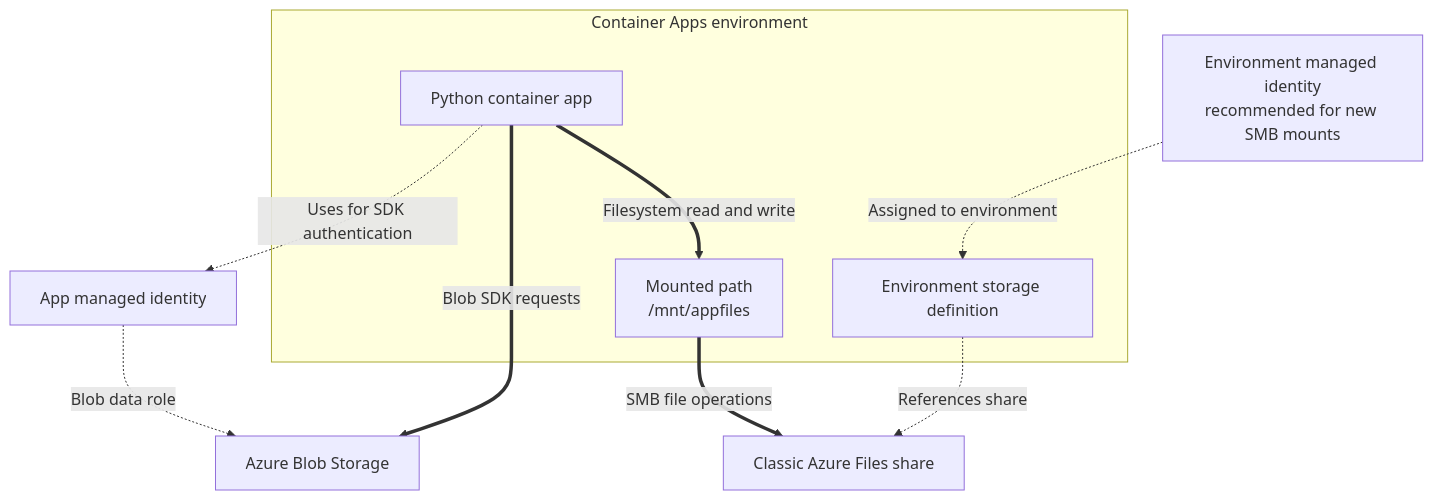
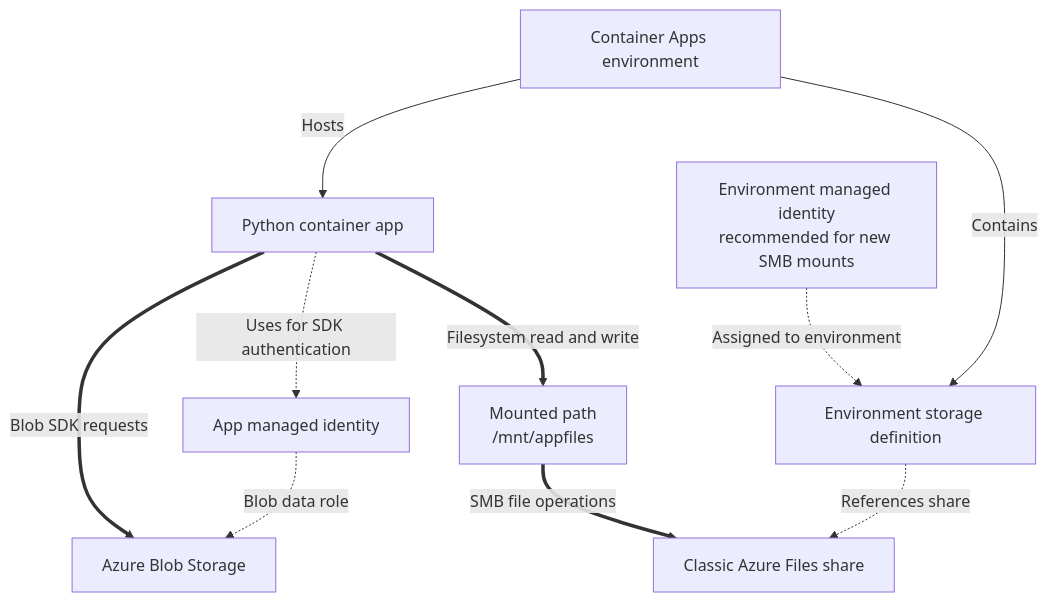
One commit to yeongseon/azure-container-apps-practical-guide changed the first of 2 diagrams in docs/language-guides/python/recipes/storage.md. Above: the diagram before and after it, drawn with Mermaid. The commit also changed other lines of this file and 16 other files, not shown here.

Commit message:
fix(docs): address Python recipe diagram review

````diff
--- a/docs/language-guides/python/recipes/storage.md
+++ b/docs/language-guides/python/recipes/storage.md
@@ -26,24 +26,25 @@
 ```mermaid
 flowchart TD
     accTitle: Choose persistent object or file storage for a Python app
     accDescr: The Python app can use its managed identity with the Blob SDK for object storage, or mount a classic Azure Files share through an environment storage definition for shared filesystem access.
 
     APP_ID[App managed identity]
     ENV_ID[Environment managed identity<br/>recommended for new SMB mounts]
     BLOB[Azure Blob Storage]
     FILES[Classic Azure Files share]
 
-    subgraph ENV[Container Apps environment]
-        APP[Python container app]
-        STORAGE[Environment storage definition]
-        MOUNT[Mounted path<br/>/mnt/appfiles]
-    end
+    ENV[Container Apps environment]
+    APP[Python container app]
+    STORAGE[Environment storage definition]
+    MOUNT[Mounted path<br/>/mnt/appfiles]
 
+    ENV -->|Hosts| APP
+    ENV -->|Contains| STORAGE
     APP -.->|Uses for SDK authentication| APP_ID
     APP_ID -.->|Blob data role| BLOB
     APP ==>|Blob SDK requests| BLOB
     ENV_ID -.->|Assigned to environment| STORAGE
     STORAGE -.->|References share| FILES
     APP ==>|Filesystem read and write| MOUNT
     MOUNT ==>|SMB file operations| FILES
 ```
````
